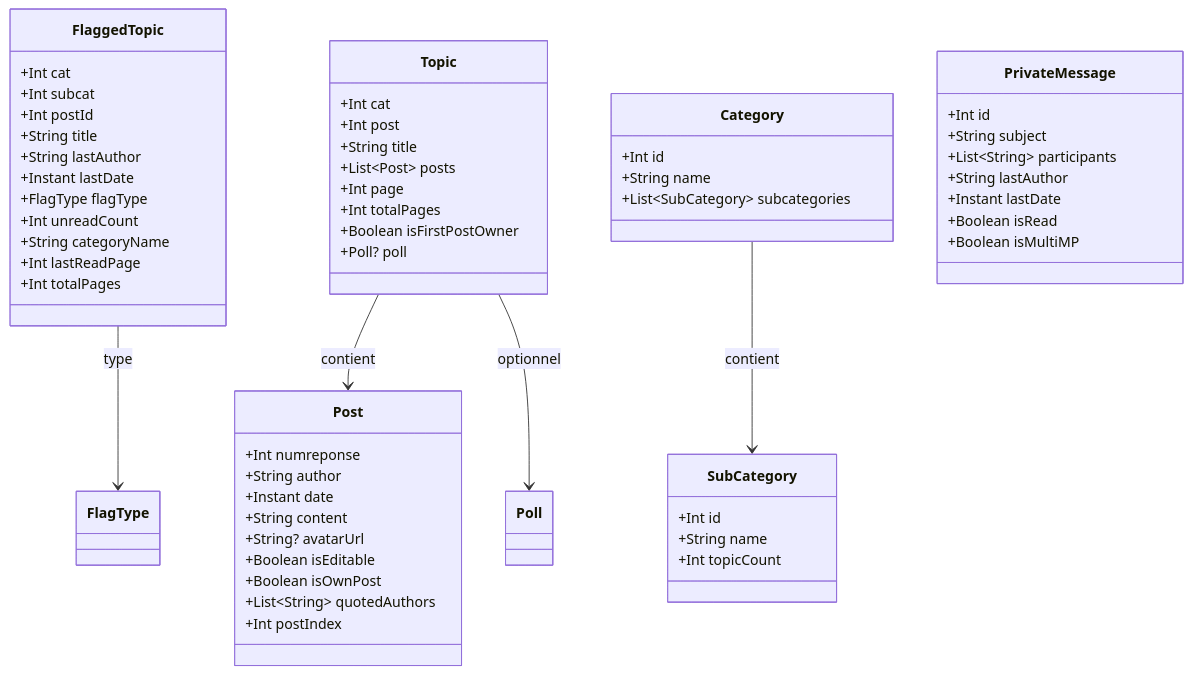
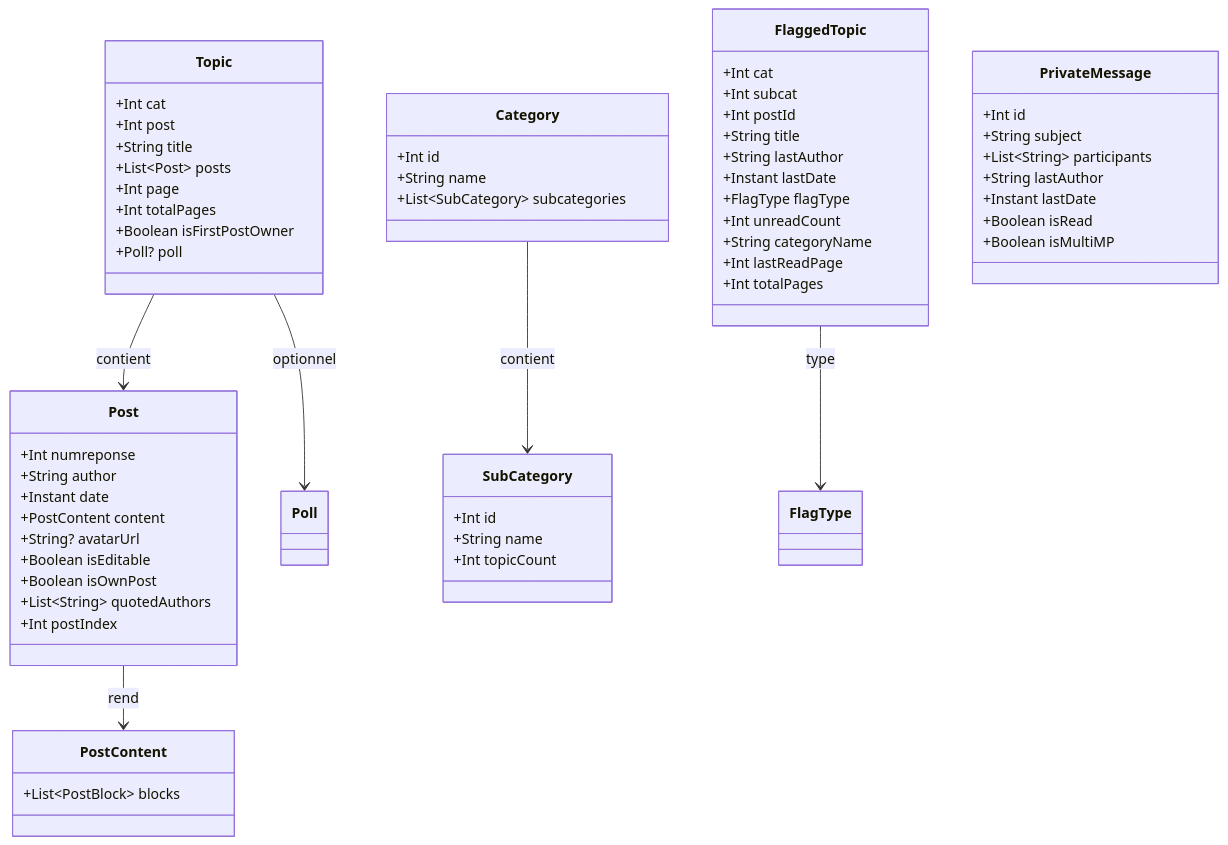
One commit to ForumHFR/redface2 changed the diagram in docs/specs/models.md. Above: the diagram before and after it, drawn with Mermaid. The commit also changed other lines of this file and 12 other files, not shown here.

First line of the commit message:
docs: add PostContent AST ADR

````diff
--- a/docs/specs/models.md
+++ b/docs/specs/models.md
@@ -31,66 +31,71 @@
 ```mermaid
 classDiagram
     class FlaggedTopic {
         +Int cat
         +Int subcat
         +Int postId
         +String title
         +String lastAuthor
         +Instant lastDate
         +FlagType flagType
         +Int unreadCount
         +String categoryName
         +Int lastReadPage
         +Int totalPages
     }
 
     class Topic {
         +Int cat
         +Int post
         +String title
         +List~Post~ posts
         +Int page
         +Int totalPages
         +Boolean isFirstPostOwner
         +Poll? poll
     }
 
     class Post {
         +Int numreponse
         +String author
         +Instant date
-        +String content
+        +PostContent content
         +String? avatarUrl
         +Boolean isEditable
         +Boolean isOwnPost
         +List~String~ quotedAuthors
         +Int postIndex
+    }
+
+    class PostContent {
+        +List~PostBlock~ blocks
     }
 
     class Category {
         +Int id
         +String name
         +List~SubCategory~ subcategories
     }
 
     class SubCategory {
         +Int id
         +String name
         +Int topicCount
     }
 
     class PrivateMessage {
         +Int id
         +String subject
         +List~String~ participants
         +String lastAuthor
         +Instant lastDate
         +Boolean isRead
         +Boolean isMultiMP
     }
 
     Topic --> Post : contient
+    Post --> PostContent : rend
     Topic --> Poll : optionnel
     Category --> SubCategory : contient
     FlaggedTopic --> FlagType : type
 ```
````
